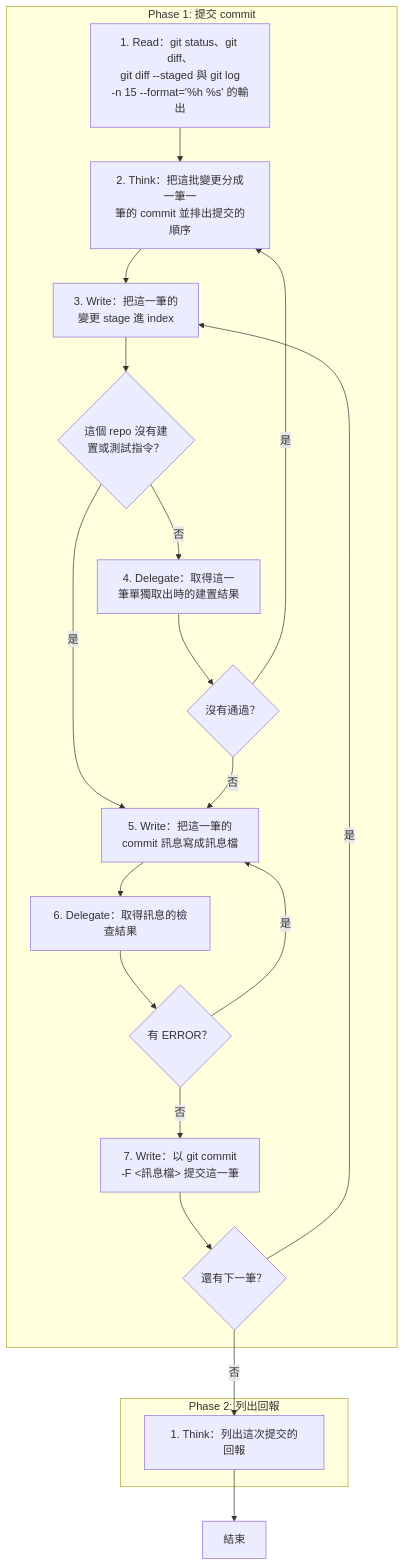
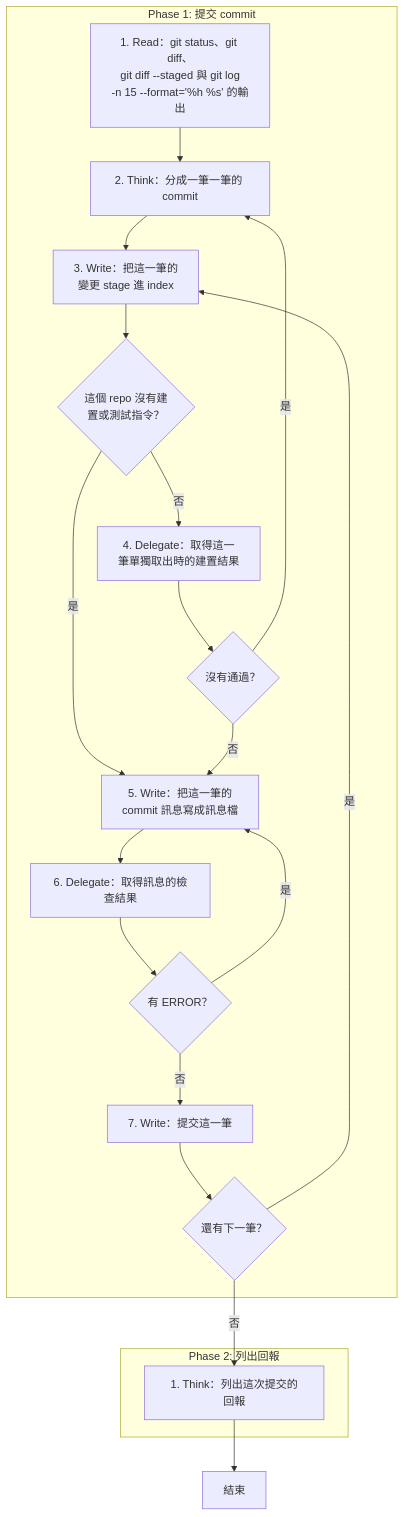
One commit to AI-x-BDD/BDGG-Dev-Skills changed the diagram in .claude/skills/git-conventional-commit/SKILL.md. Above: the diagram before and after it, drawn with Mermaid. The commit also changed other lines of this file and 31 other files, not shown here.

````diff
--- a/.claude/skills/git-conventional-commit/SKILL.md
+++ b/.claude/skills/git-conventional-commit/SKILL.md
@@ -23,36 +23,36 @@
 ```mermaid
 flowchart TD
     subgraph P1["Phase 1: 提交 commit"]
         P1S1["1. Read：git status、git diff、<br/>git diff --staged 與 git log<br/>-n 15 --format='%h %s' 的輸出"]
-        P1S2["2. Think：把這批變更分成一筆一<br/>筆的 commit 並排出提交的順序"]
+        P1S2["2. Think：分成一筆一筆的 commit"]
         P1S3["3. Write：把這一筆的<br/>變更 stage 進 index"]
         G_P1S3_1{"這個 repo 沒有建<br/>置或測試指令？"}
         P1S4["4. Delegate：取得這一<br/>筆單獨取出時的建置結果"]
         G_P1S4_1{"沒有通過？"}
         P1S5["5. Write：把這一筆的<br/>commit 訊息寫成訊息檔"]
         P1S6["6. Delegate：取得訊息的檢查結果"]
         G_P1S6_1{"有 ERROR？"}
-        P1S7["7. Write：以 git commit<br/>-F &lt;訊息檔&gt; 提交這一筆"]
+        P1S7["7. Write：提交這一筆"]
         G_P1S7_1{"還有下一筆？"}
     end
     subgraph P2["Phase 2: 列出回報"]
         P2S1["1. Think：列出這次提交的回報"]
     end
     End["結束"]
     P1S1 --> P1S2
     P1S2 --> P1S3
     P1S3 --> G_P1S3_1
     G_P1S3_1 -->|是| P1S5
     G_P1S3_1 -->|否| P1S4
     P1S4 --> G_P1S4_1
     G_P1S4_1 -->|是| P1S2
     G_P1S4_1 -->|否| P1S5
     P1S5 --> P1S6
     P1S6 --> G_P1S6_1
     G_P1S6_1 -->|是| P1S5
     G_P1S6_1 -->|否| P1S7
     P1S7 --> G_P1S7_1
     G_P1S7_1 -->|是| P1S3
     G_P1S7_1 -->|否| P2S1
     P2S1 --> End
 ```
````
